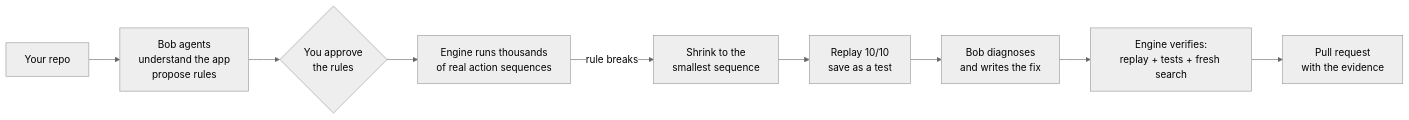
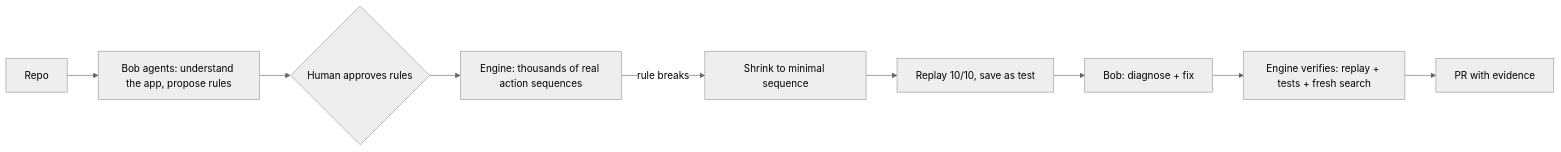
One commit to tony19053000/rook changed the diagram in README.md. Above: the diagram before and after it, drawn with Mermaid (neutral theme). The commit also changed other lines of this file, not shown here.

````diff
--- a/README.md
+++ b/README.md
@@ -44,11 +38,11 @@
 ```mermaid
 flowchart LR
-  A[Your repo] --> B[Bob agents<br/>understand the app<br/>propose rules]
-  B --> C{You approve<br/>the rules}
-  C --> D[Engine runs thousands<br/>of real action sequences]
-  D -->|rule breaks| E[Shrink to the<br/>smallest sequence]
-  E --> F[Replay 10/10<br/>save as a test]
-  F --> G[Bob diagnoses<br/>and writes the fix]
-  G --> H[Engine verifies:<br/>replay + tests + fresh search]
-  H --> I[Pull request<br/>with the evidence]
+  A[Repo] --> B[Bob agents: understand the app, propose rules]
+  B --> C{Human approves rules}
+  C --> D[Engine: thousands of real action sequences]
+  D -->|rule breaks| E[Shrink to minimal sequence]
+  E --> F[Replay 10/10, save as test]
+  F --> G[Bob: diagnose + fix]
+  G --> H[Engine verifies: replay + tests + fresh search]
+  H --> I[PR with evidence]
 ```
````
